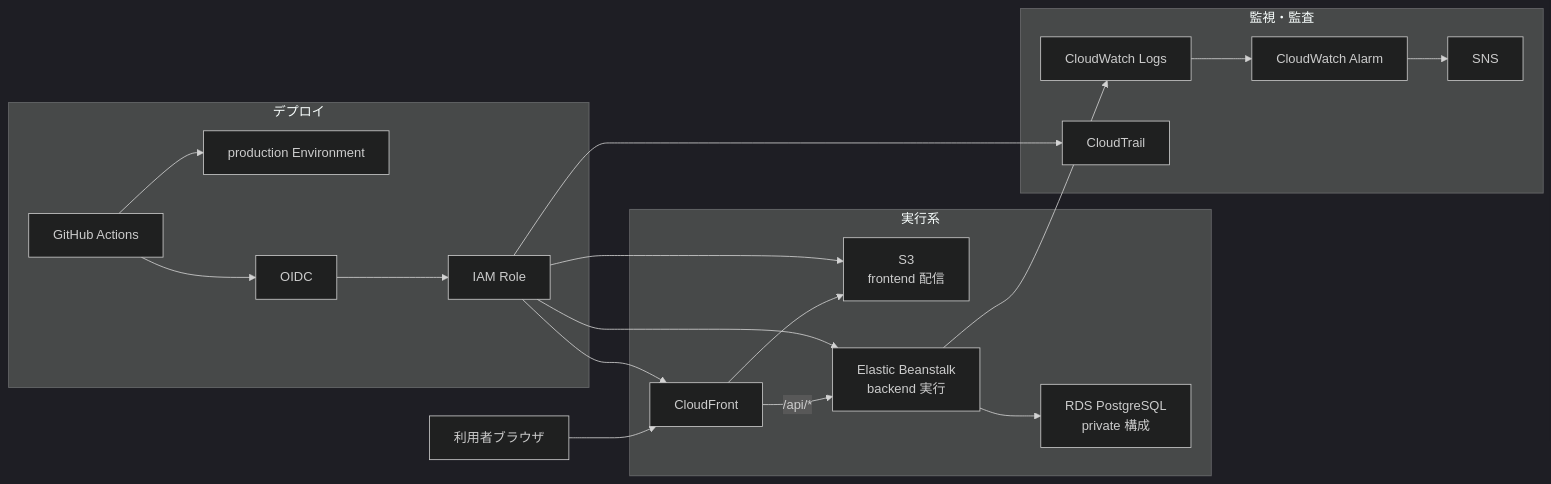
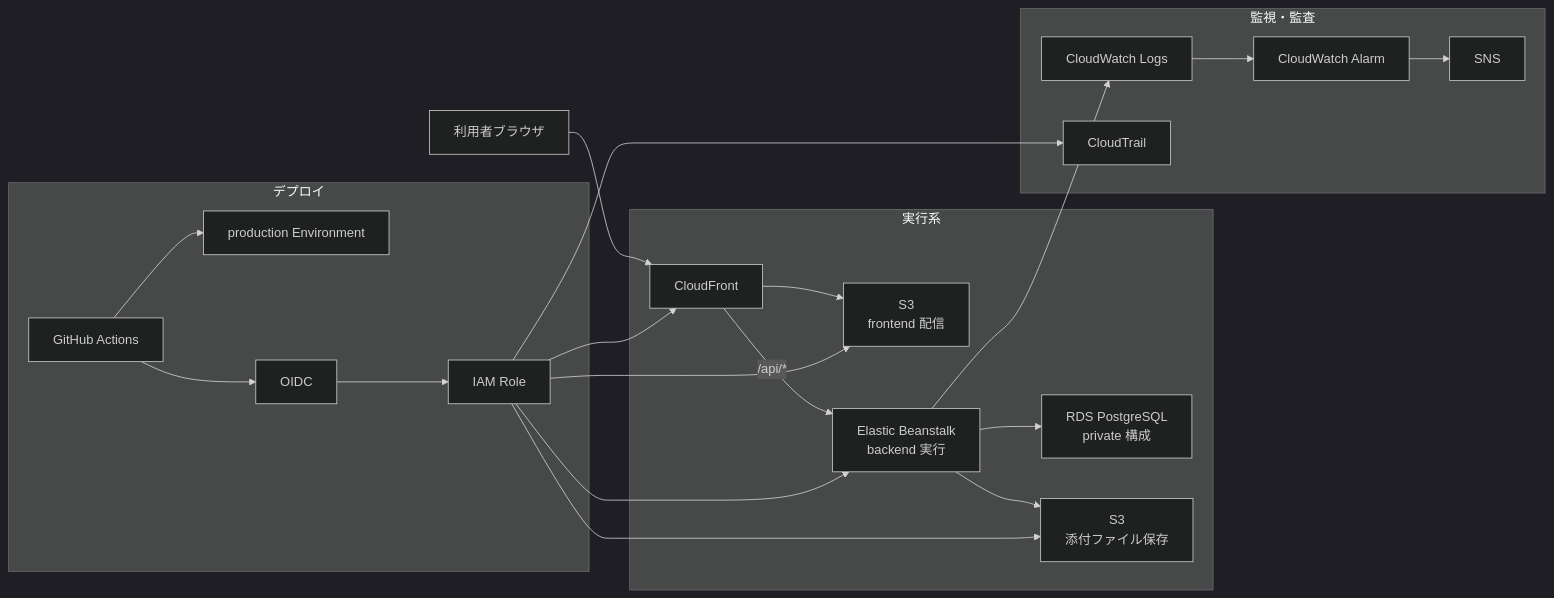
Before and after one commit to kitune-udon/task-manager-app: the diagram in README.md, drawn with Mermaid (dark theme). The commit also changed other lines of this file and 3 other files, not shown here.

````diff
--- a/README.md
+++ b/README.md
@@ -221,41 +252,44 @@
 ```mermaid
 flowchart LR
   user["利用者ブラウザ"]
 
   subgraph runtime["実行系"]
     cf["CloudFront"]
     s3["S3<br/>frontend 配信"]
     eb["Elastic Beanstalk<br/>backend 実行"]
     rds["RDS PostgreSQL<br/>private 構成"]
+    attach["S3<br/>添付ファイル保存"]
   end
 
   subgraph observe["監視・監査"]
     logs["CloudWatch Logs"]
     alarm["CloudWatch Alarm"]
     sns["SNS"]
     trail["CloudTrail"]
   end
 
   subgraph deploy["デプロイ"]
     gha["GitHub Actions"]
     env["production Environment"]
     oidc["OIDC"]
     role["IAM Role"]
   end
 
   user --> cf
   cf --> s3
   cf -->|/api/*| eb
   eb --> rds
+  eb --> attach
 
   eb --> logs
   logs --> alarm
   alarm --> sns
   gha --> env
   gha --> oidc
   oidc --> role
   role --> eb
   role --> s3
   role --> cf
+  role --> attach
   role --> trail
 ```
````
